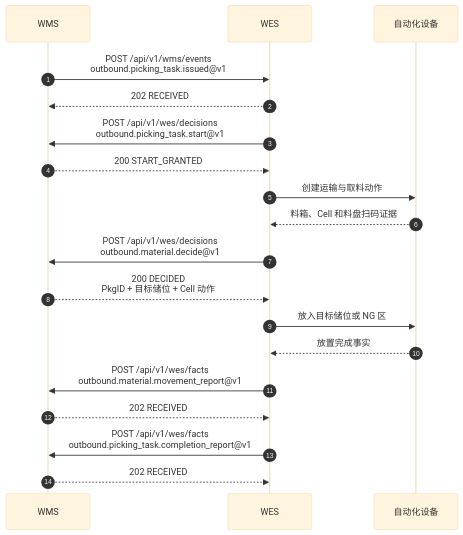
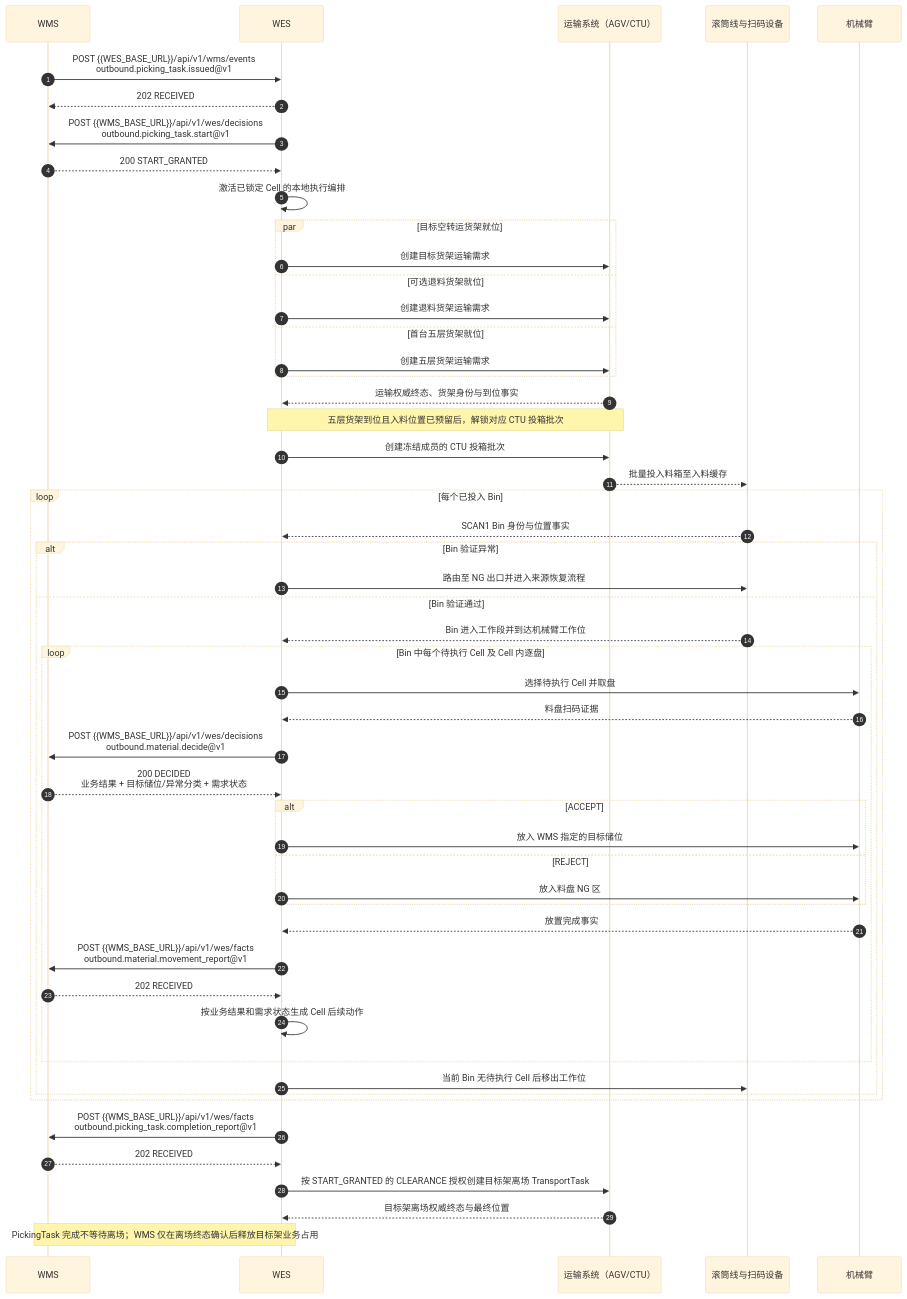
One commit to kaizhoumasha/wes_backend changed the second of 4 diagrams in docs/contracts/wms-outbound-picking-task-integration-requirements.md. Above: the diagram before and after it, drawn with Mermaid (base theme). The commit also changed other lines of this file and 23 other files, not shown here.

````diff
--- a/docs/contracts/wms-outbound-picking-task-integration-requirements.md
+++ b/docs/contracts/wms-outbound-picking-task-integration-requirements.md
@@ -244,22 +231,55 @@
 ```mermaid
 sequenceDiagram
     autonumber
     participant WMS
     participant WES
-    participant DEV as 自动化设备
+    participant TRANS as 运输系统（AGV/CTU）
+    participant LINE as 滚筒线与扫码设备
+    participant ARM as 机械臂
 
-    WMS->>WES: POST /api/v1/wms/events<br/>outbound.picking_task.issued@v1
+    WMS->>WES: POST {{WES_BASE_URL}}/api/v1/wms/events<br/>outbound.picking_task.issued@v1
     WES-->>WMS: 202 RECEIVED
-    WES->>WMS: POST /api/v1/wes/decisions<br/>outbound.picking_task.start@v1
+    WES->>WMS: POST {{WMS_BASE_URL}}/api/v1/wes/decisions<br/>outbound.picking_task.start@v1
     WMS-->>WES: 200 START_GRANTED
-    WES->>DEV: 创建运输与取料动作
-    DEV-->>WES: 料箱、Cell 和料盘扫码证据
-    WES->>WMS: POST /api/v1/wes/decisions<br/>outbound.material.decide@v1
-    WMS-->>WES: 200 DECIDED<br/>PkgID + 目标储位 + Cell 动作
-    WES->>DEV: 放入目标储位或 NG 区
-    DEV-->>WES: 放置完成事实
-    WES->>WMS: POST /api/v1/wes/facts<br/>outbound.material.movement_report@v1
+    WES->>WES: 激活已锁定 Cell 的本地执行编排
+    par 目标空转运货架就位
+        WES->>TRANS: 创建目标货架运输需求
+    and 可选退料货架就位
+        WES->>TRANS: 创建退料货架运输需求
+    and 首台五层货架就位
+        WES->>TRANS: 创建五层货架运输需求
+    end
+    TRANS-->>WES: 运输权威终态、货架身份与到位事实
+    Note over WES,TRANS: 五层货架到位且入料位置已预留后，解锁对应 CTU 投箱批次
+    WES->>TRANS: 创建冻结成员的 CTU 投箱批次
+    TRANS-->>LINE: 批量投入料箱至入料缓存
+    loop 每个已投入 Bin
+        LINE-->>WES: SCAN1 Bin 身份与位置事实
+        alt Bin 验证异常
+            WES->>LINE: 路由至 NG 出口并进入来源恢复流程
+        else Bin 验证通过
+            LINE-->>WES: Bin 进入工作段并到达机械臂工作位
+            loop Bin 中每个待执行 Cell 及 Cell 内逐盘
+                WES->>ARM: 选择待执行 Cell 并取盘
+                ARM-->>WES: 料盘扫码证据
+                WES->>WMS: POST {{WMS_BASE_URL}}/api/v1/wes/decisions<br/>outbound.material.decide@v1
+                WMS-->>WES: 200 DECIDED<br/>业务结果 + 目标储位/异常分类 + 需求状态
+                alt ACCEPT
+                    WES->>ARM: 放入 WMS 指定的目标储位
+                else REJECT
+                    WES->>ARM: 放入料盘 NG 区
+                end
+                ARM-->>WES: 放置完成事实
+                WES->>WMS: POST {{WMS_BASE_URL}}/api/v1/wes/facts<br/>outbound.material.movement_report@v1
+                WMS-->>WES: 202 RECEIVED
+                WES->>WES: 按业务结果和需求状态生成 Cell 后续动作
+            end
+            WES->>LINE: 当前 Bin 无待执行 Cell 后移出工作位
+        end
+    end
+    WES->>WMS: POST {{WMS_BASE_URL}}/api/v1/wes/facts<br/>outbound.picking_task.completion_report@v1
     WMS-->>WES: 202 RECEIVED
-    WES->>WMS: POST /api/v1/wes/facts<br/>outbound.picking_task.completion_report@v1
-    WMS-->>WES: 202 RECEIVED
+    WES->>TRANS: 按 START_GRANTED 的 CLEARANCE 授权创建目标架离场 TransportTask
+    TRANS-->>WES: 目标架离场权威终态与最终位置
+    Note over WES,WMS: PickingTask 完成不等待离场；WMS 仅在离场终态确认后释放目标架业务占用
 ```
````
